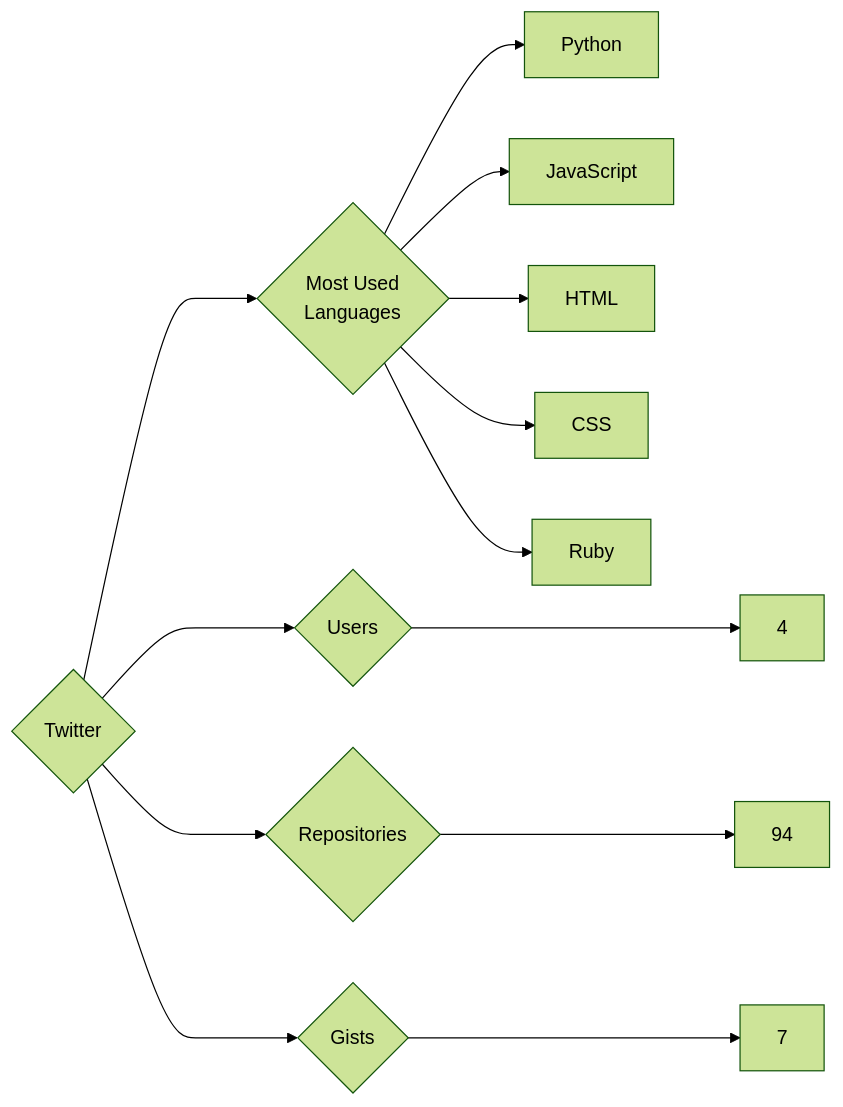
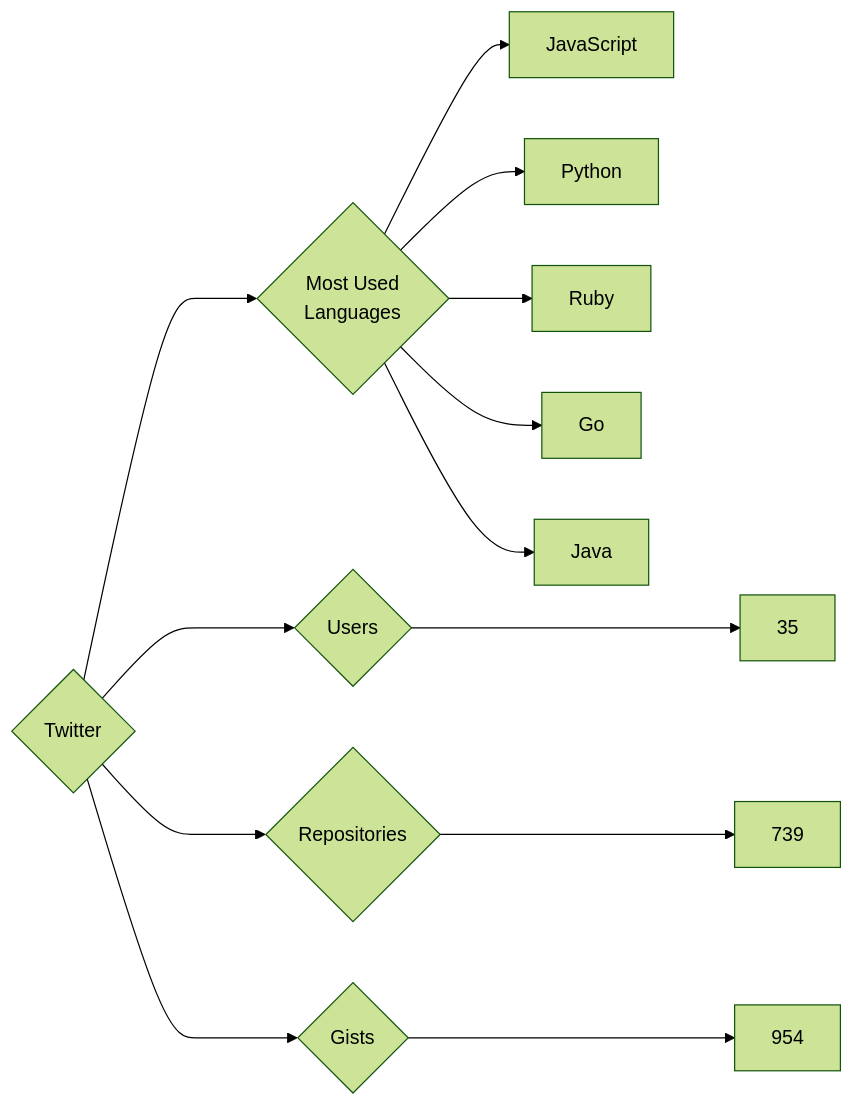
The diagram in targets/Twitter/README.md (trickest/insiders), drawn with Mermaid (forest theme) before and after one commit. The commit also changed 796 other files, not shown here.

````diff
--- a/targets/Twitter/README.md
+++ b/targets/Twitter/README.md
@@ -3,13 +3,13 @@
 ```mermaid
 graph LR
 COMPANY_NAME{Twitter}
-COMPANY_NAME ---> U{Users} ---> UN[4]
-COMPANY_NAME ---> R{Repositories} ---> RN[94]
-COMPANY_NAME ---> G{Gists} ---> GN[7]
+COMPANY_NAME ---> U{Users} ---> UN[35]
+COMPANY_NAME ---> R{Repositories} ---> RN[739]
+COMPANY_NAME ---> G{Gists} ---> GN[954]
 COMPANY_NAME ---> ML{Most Used<br>Languages}
+ML --> JavaScript[JavaScript]
 ML --> Python[Python]
-ML --> JavaScript[JavaScript]
-ML --> HTML[HTML]
-ML --> CSS[CSS]
 ML --> Ruby[Ruby]
+ML --> Go[Go]
+ML --> Java[Java]
 ```
````
